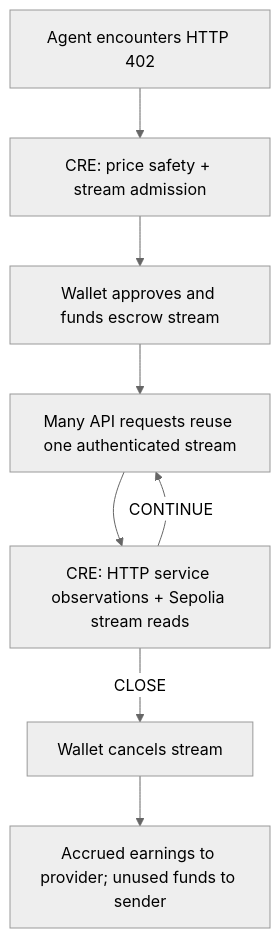
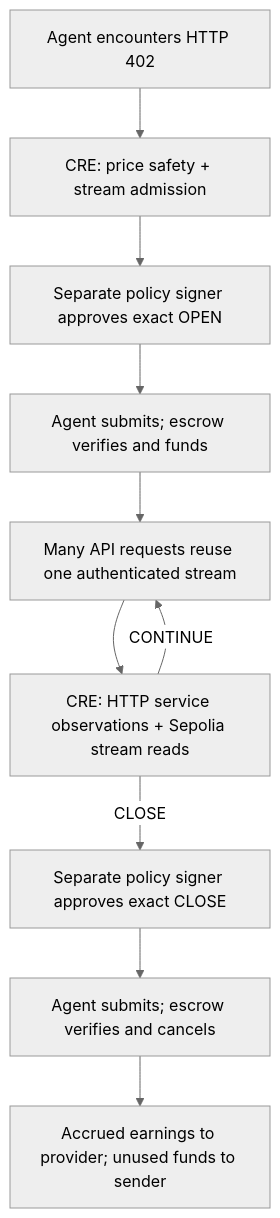
The diagram in README.md (ola-893/agentPay), drawn with Mermaid (neutral theme) before and after one commit. The commit also changed other lines of this file and 48 other files, not shown here.

````diff
--- a/README.md
+++ b/README.md
@@ -21,10 +21,12 @@
 ```mermaid
 flowchart TD
   A[Agent encounters HTTP 402] --> B[CRE: price safety + stream admission]
-  B --> C[Wallet approves and funds escrow stream]
+  B --> P[Separate policy signer approves exact OPEN]
+  P --> C[Agent submits; escrow verifies and funds]
   C --> D[Many API requests reuse one authenticated stream]
   D --> E[CRE: HTTP service observations + Sepolia stream reads]
   E -->|CONTINUE| D
-  E -->|CLOSE| F[Wallet cancels stream]
+  E -->|CLOSE| S[Separate policy signer approves exact CLOSE]
+  S --> F[Agent submits; escrow verifies and cancels]
   F --> G[Accrued earnings to provider; unused funds to sender]
 ```
````
